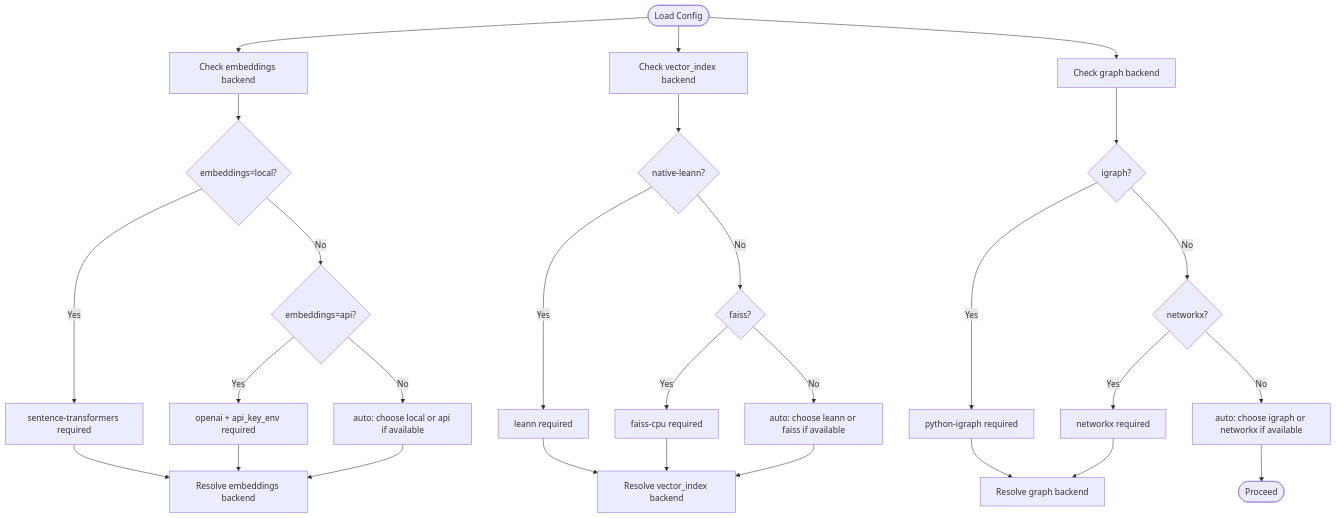
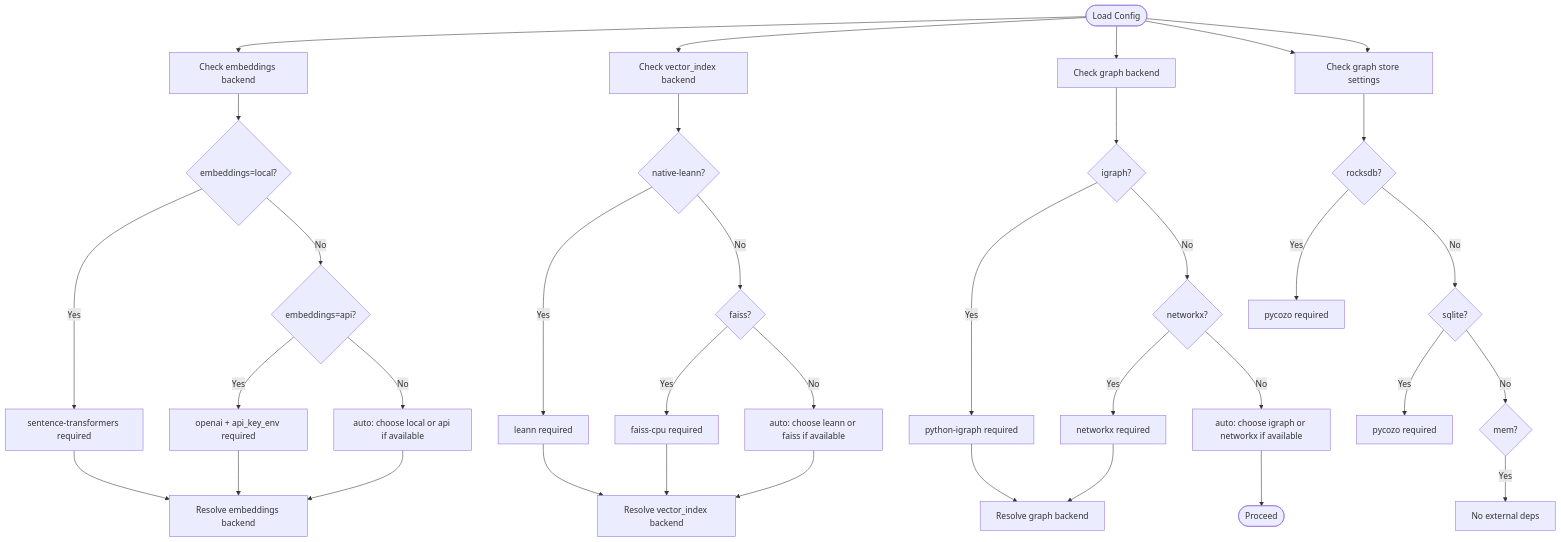
Before and after one commit to maemreyo/zmr-ctx-paker: the third of 3 diagrams in .qoder/repowiki/en/content/CLI Reference/CLI Reference.md, drawn with Mermaid. The commit also changed other lines of this file and 25 other files, not shown here.

````diff
--- a/.qoder/repowiki/en/content/CLI Reference/CLI Reference.md
+++ b/.qoder/repowiki/en/content/CLI Reference/CLI Reference.md
@@ -357,30 +425,38 @@
 ```mermaid
 flowchart TD
 Start(["Load Config"]) --> CheckEmbeddings["Check embeddings backend"]
 CheckEmbeddings --> Local{"embeddings=local?"}
 Local --> |Yes| ST["sentence-transformers required"]
 Local --> |No| API{"embeddings=api?"}
 API --> |Yes| OA["openai + api_key_env required"]
 API --> |No| AutoEmb["auto: choose local or api if available"]
 Start --> CheckVector["Check vector_index backend"]
 CheckVector --> NativeLeann{"native-leann?"}
 NativeLeann --> |Yes| LeannDep["leann required"]
 NativeLeann --> |No| FAISS{"faiss?"}
 FAISS --> |Yes| FAISSDep["faiss-cpu required"]
 FAISS --> |No| AutoVec["auto: choose leann or faiss if available"]
 Start --> CheckGraph["Check graph backend"]
 CheckGraph --> IGraph{"igraph?"}
 IGraph --> |Yes| IGraphDep["python-igraph required"]
 IGraph --> |No| NX{"networkx?"}
 NX --> |Yes| NXDep["networkx required"]
 NX --> |No| AutoGr["auto: choose igraph or networkx if available"]
+Start --> CheckGraphStore["Check graph store settings"]
+CheckGraphStore --> RocksDB{"rocksdb?"}
+RocksDB --> |Yes| RocksDep["pycozo required"]
+RocksDB --> |No| SQLite{"sqlite?"}
+SQLite --> |Yes| SQLiteDep["pycozo required"]
+SQLite --> |No| Mem{"mem?"}
+Mem --> |Yes| NoDep["No external deps"]
+Start --> CheckGraphStore
 ST --> ResolveEmb["Resolve embeddings backend"]
 OA --> ResolveEmb
 AutoEmb --> ResolveEmb
 LeannDep --> ResolveVec["Resolve vector_index backend"]
 FAISSDep --> ResolveVec
 AutoVec --> ResolveVec
 IGraphDep --> ResolveGr["Resolve graph backend"]
 NXDep --> ResolveGr
 AutoGr --> Done(["Proceed"])
 ```
````
